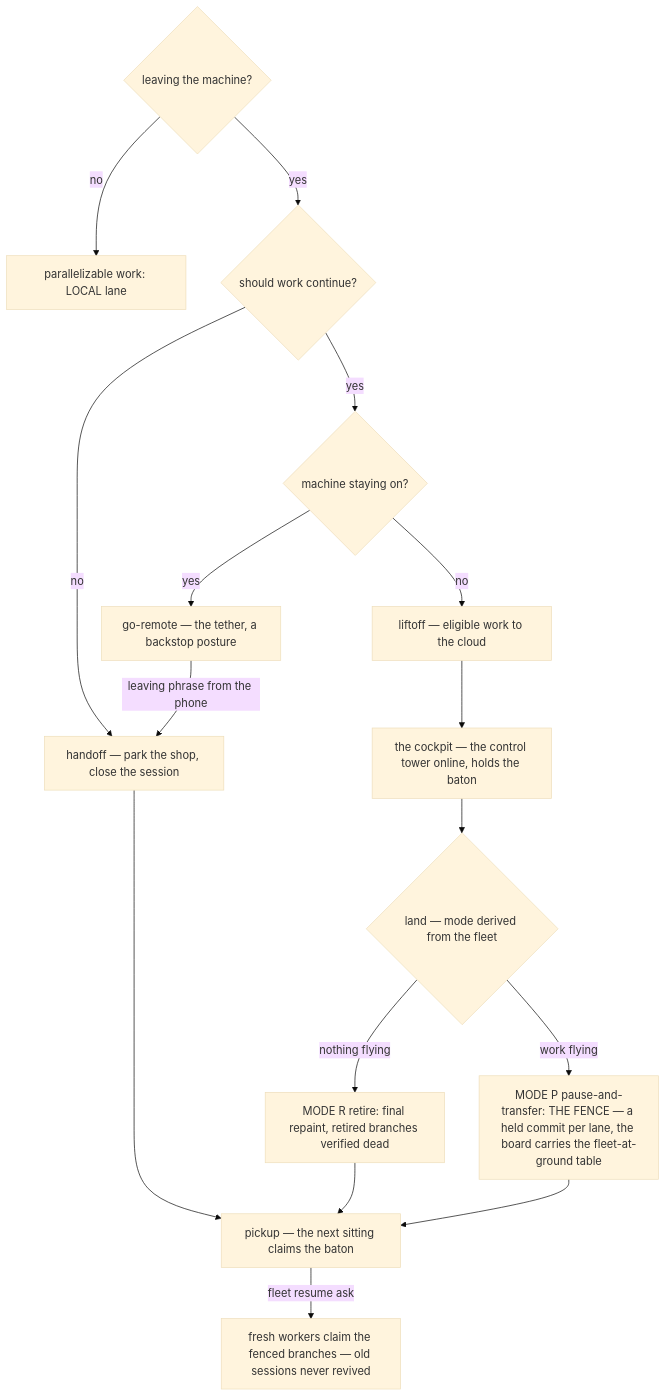
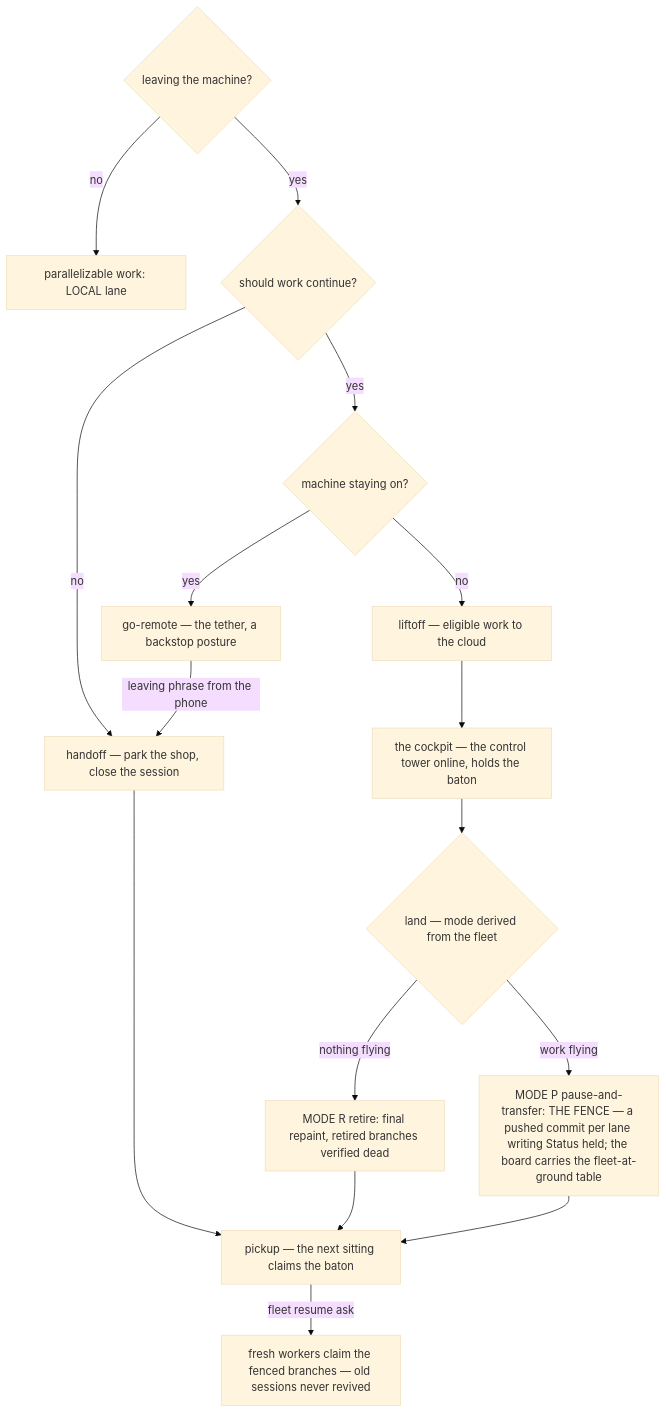
The third of 6 diagrams in docs/ATLAS.md (wsher0901/roam), drawn with Mermaid (base theme) before and after one commit. The commit also changed other lines of this file and 2 other files, not shown here.

````diff
--- a/docs/ATLAS.md
+++ b/docs/ATLAS.md
@@ -91,18 +91,18 @@
 ```mermaid
 flowchart TD
   A{"leaving the machine?"} -->|no| LL["parallelizable work: LOCAL lane"]
   A -->|yes| B{"should work continue?"}
   B -->|no| H["handoff — park the shop, close the session"]
   B -->|yes| C{"machine staying on?"}
   C -->|yes| G["go-remote — the tether, a backstop posture"]
   C -->|no| F["liftoff — eligible work to the cloud"]
   F --> CP["the cockpit — the control tower online, holds the baton"]
   CP --> LA{"land — mode derived from the fleet"}
   LA -->|"nothing flying"| R["MODE R retire: final repaint, retired branches verified dead"]
-  LA -->|"work flying"| PP["MODE P pause-and-transfer: THE FENCE — a held commit per lane, the board carries the fleet-at-ground table"]
+  LA -->|"work flying"| PP["MODE P pause-and-transfer: THE FENCE — a pushed commit per lane writing Status held; the board carries the fleet-at-ground table"]
   R --> PU["pickup — the next sitting claims the baton"]
   PP --> PU
   H --> PU
   G -->|"leaving phrase from the phone"| H
   PU -->|"fleet resume ask"| RES["fresh workers claim the fenced branches — old sessions never revived"]
 ```
````
